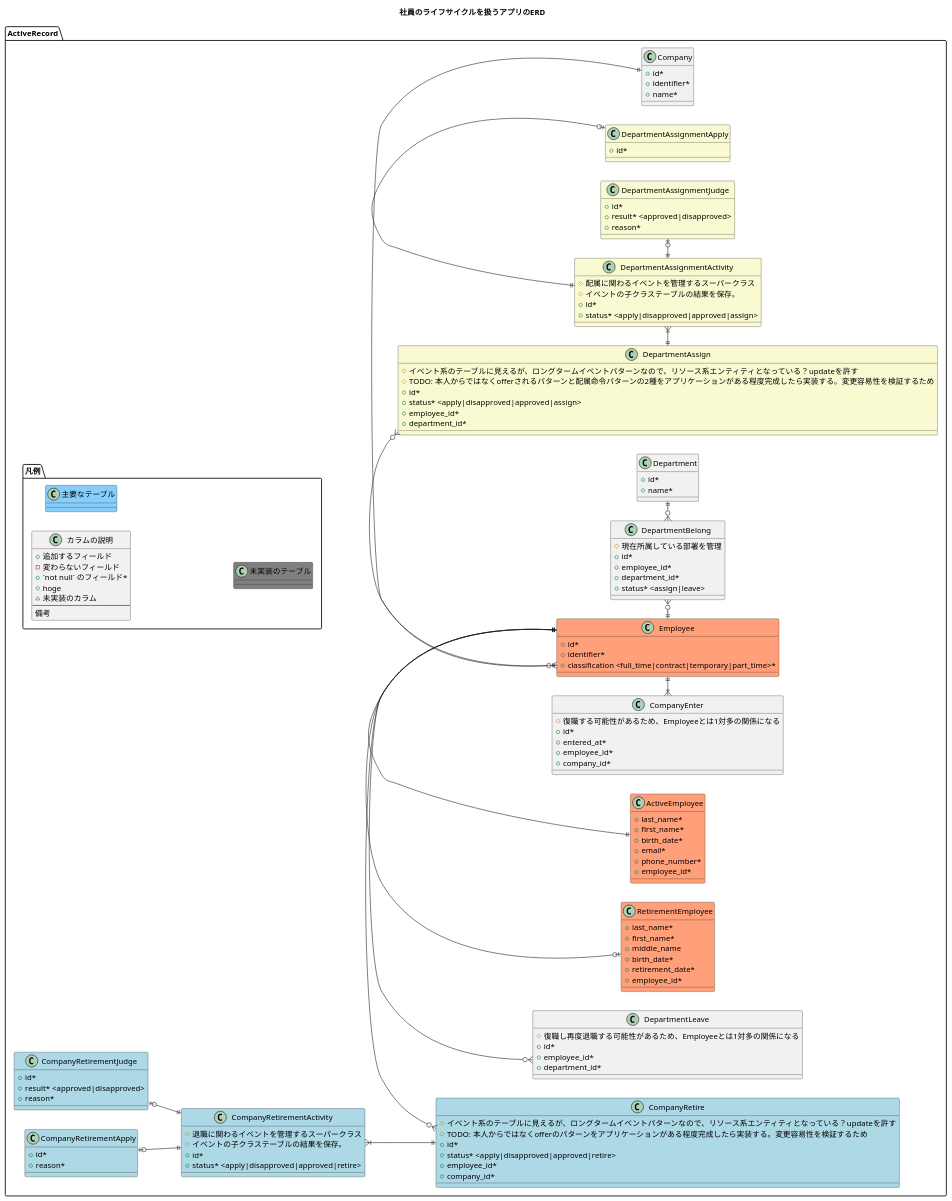
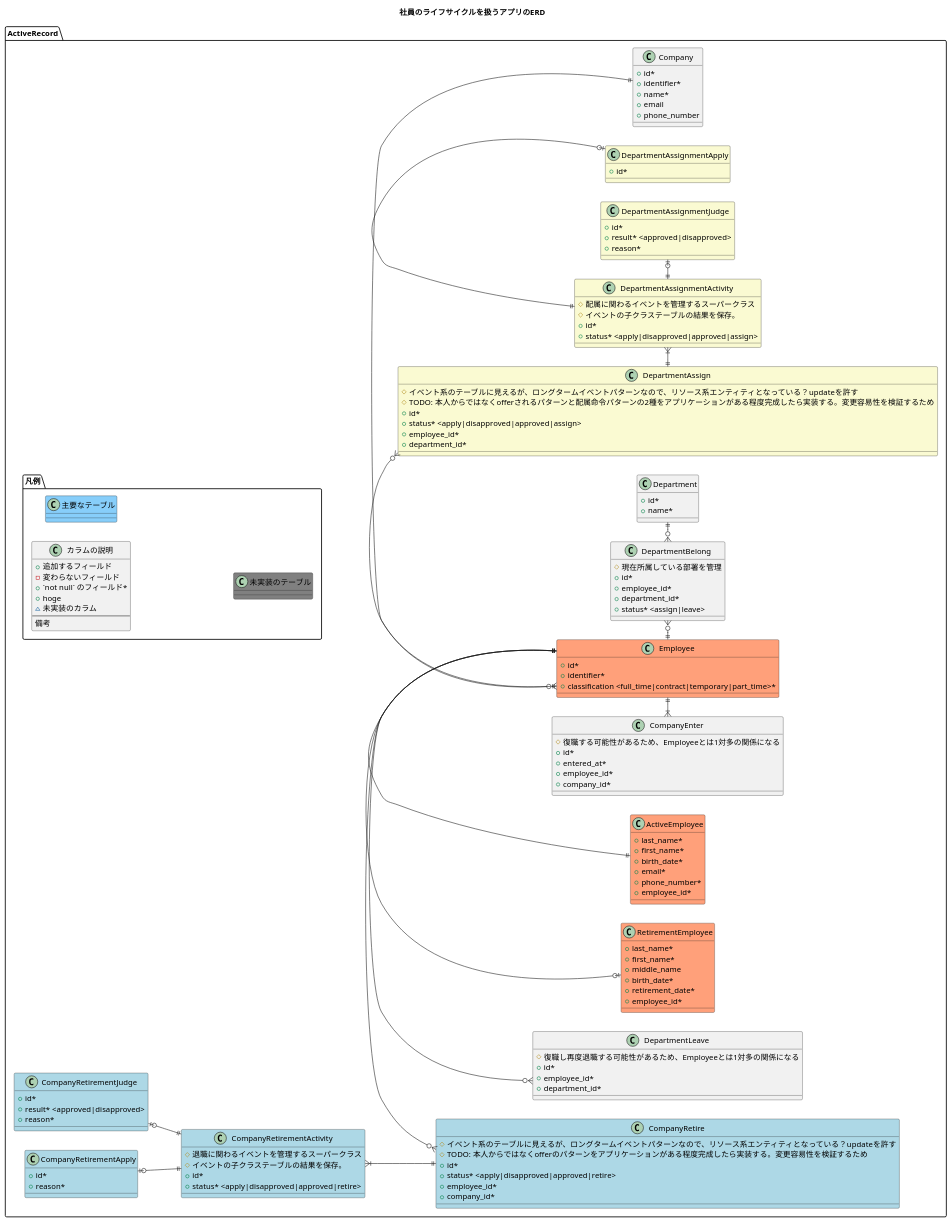
One commit to nakamori-naoya/human_resource_management_app_rails changed the diagram in SystemDesign/ er.puml. Above: the diagram before and after it, drawn with PlantUML.

Commit message:
chore: companyテーブルにemailとphone_numberを追加

```diff
--- a/SystemDesign/ er.puml
+++ b/SystemDesign/ er.puml
@@ -1,154 +1,156 @@
 @startuml
 title
 社員のライフサイクルを扱うアプリのERD
 end title
 left to right direction
 
 namespace ActiveRecord {
   namespace 凡例 {
     class カラムの説明 {
       + 追加するフィールド
       - 変わらないフィールド
       + `not null` のフィールド*
       + hoge 
       ~ 未実装のカラム
       --
       備考
     }
 
     class 主要なテーブル #LightSkyBlue {
     }
 
     class 未実装のテーブル #Grey {
     }
   }
 
   class Employee #LightSalmon {
     + id*
     + identifier*
     + classification <full_time|contract|temporary|part_time>*
   }
 
   class ActiveEmployee #LightSalmon {
     + last_name*
     + first_name*
     + birth_date*
     + email*
     + phone_number*
     + employee_id*
   }
 
   class RetirementEmployee #LightSalmon {
     + last_name*
     + first_name*
     + middle_name
     + birth_date*
     + retirement_date*
     + employee_id*
   }
 
   class Company {
     + id*
     + identifier*
     + name*
+    + email 
+    + phone_number
   }
 
   class CompanyEnter {
     # 復職する可能性があるため、Employeeとは1対多の関係になる
     + id*
     + entered_at*
     + employee_id*
     + company_id*
   }
 
   class CompanyRetire #LightBlue{
     # イベント系のテーブルに見えるが、ロングタームイベントパターンなので、リソース系エンティティとなっている？updateを許す
     # TODO: 本人からではなくofferのパターンをアプリケーションがある程度完成したら実装する。変更容易性を検証するため
     + id*
     + status* <apply|disapproved|approved|retire>
     + employee_id*
     + company_id*
   }
 
   class CompanyRetirementActivity #LightBlue{
     # 退職に関わるイベントを管理するスーパークラス
     # イベントの子クラステーブルの結果を保存。
     + id*
     + status* <apply|disapproved|approved|retire>
   }
 
   class CompanyRetirementApply #LightBlue{
     + id*
     + reason* 
   }
 
   class CompanyRetirementJudge #LightBlue {
     + id*
     + result* <approved|disapproved>
     + reason* 
   }
 
   class Department {
     + id*
     + name*
   }
 
   class DepartmentAssign  #LightGoldenRodYellow{
     # イベント系のテーブルに見えるが、ロングタームイベントパターンなので、リソース系エンティティとなっている？updateを許す
     # TODO: 本人からではなくofferされるパターンと配属命令パターンの2種をアプリケーションがある程度完成したら実装する。変更容易性を検証するため
     + id*
     + status* <apply|disapproved|approved|assign>
     + employee_id*
     + department_id*
   }
 
   class DepartmentAssignmentActivity #LightGoldenRodYellow{
     # 配属に関わるイベントを管理するスーパークラス
     # イベントの子クラステーブルの結果を保存。
     + id*
     + status* <apply|disapproved|approved|assign>
   }
 
   class DepartmentAssignmentApply #LightGoldenRodYellow{
     + id*
   }
 
   class DepartmentAssignmentJudge #LightGoldenRodYellow{
     + id*
     + result* <approved|disapproved>
     + reason* 
   }
 
   class DepartmentLeave {
     # 復職し再度退職する可能性があるため、Employeeとは1対多の関係になる
     + id*
     + employee_id*
     + department_id*
   }
 
   class DepartmentBelong {
     # 現在所属している部署を管理
     + id*
     + employee_id*
     + department_id*
     + status* <assign|leave>
   }
 
 
   Company ||-l-o{ Employee
   Employee ||-l-|{ CompanyEnter
   Employee ||-l-|| ActiveEmployee
   Employee ||-l-o| RetirementEmployee
   Employee ||-l-o{ CompanyRetire
   CompanyRetire ||-u-|{ CompanyRetirementActivity
   CompanyRetirementActivity ||-u-o| CompanyRetirementApply
   CompanyRetirementActivity ||-u-o| CompanyRetirementJudge
   Employee ||-r-o{ DepartmentAssign
   DepartmentAssign ||-r-|{ DepartmentAssignmentActivity
   DepartmentAssignmentActivity ||-r-o| DepartmentAssignmentApply
   DepartmentAssignmentActivity ||-r-o| DepartmentAssignmentJudge
   Employee ||-l-o{ DepartmentLeave
   Department ||-l-o{ DepartmentBelong
   DepartmentBelong }o-l-|| Employee
 }
 @enduml
```
